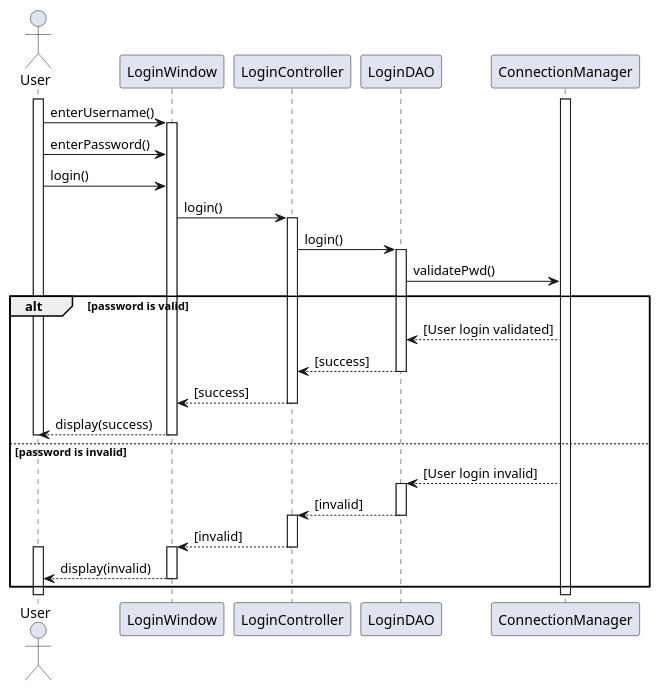
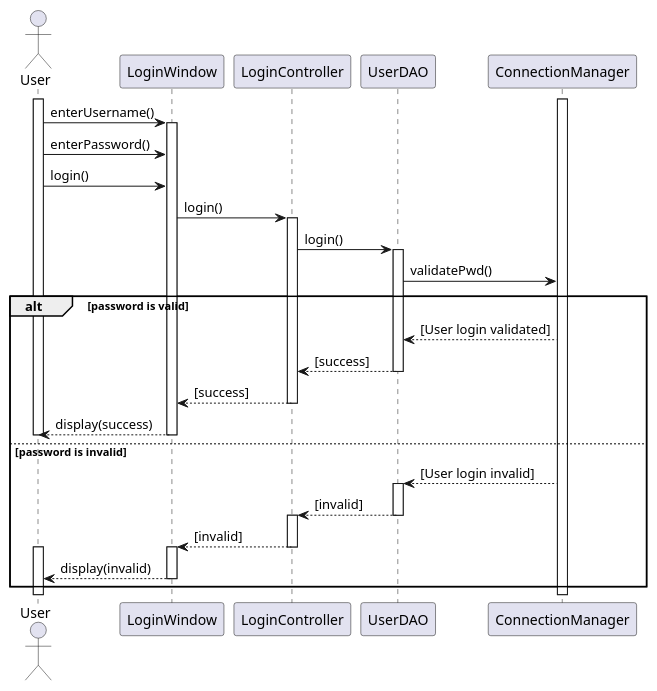
One commit to iusildra/WineCellar changed the diagram in doc/reports/prototype/plantuml/loginSequence.plantuml. Above: the diagram before and after it, drawn with PlantUML. The commit also changed 12 other files, not shown here.

```diff
--- a/doc/reports/prototype/plantuml/loginSequence.plantuml
+++ b/doc/reports/prototype/plantuml/loginSequence.plantuml
@@ -1,36 +1,36 @@
 @startuml loginSequence
 skinparam responseMessageBelowArrow true
 
 actor User
 participant LoginWindow
 participant LoginController
-participant LoginDAO
+participant UserDAO
 participant ConnectionManager
 
 activate ConnectionManager
 activate User
 
 User -> LoginWindow++: enterUsername()
 User -> LoginWindow: enterPassword()
 User -> LoginWindow: login()
 LoginWindow -> LoginController++: login()
-LoginController -> LoginDAO++: login()
-LoginDAO -> ConnectionManager: validatePwd()
+LoginController -> UserDAO++: login()
+UserDAO -> ConnectionManager: validatePwd()
 
 alt password is valid
-    ConnectionManager --> LoginDAO: [User login validated] 
-    LoginDAO --> LoginController--: [success]
+    ConnectionManager --> UserDAO: [User login validated] 
+    UserDAO --> LoginController--: [success]
     LoginController --> LoginWindow--: [success]
     LoginWindow --> User--: display(success)
     deactivate User
 else password is invalid
-    ConnectionManager --> LoginDAO++: [User login invalid]
-    LoginDAO --> LoginController--: [invalid]
+    ConnectionManager --> UserDAO++: [User login invalid]
+    UserDAO --> LoginController--: [invalid]
     activate LoginController
     LoginController --> LoginWindow--: [invalid]
     activate LoginWindow
     activate User
     LoginWindow --> User--: display(invalid)
 end
 
 @enduml
```
